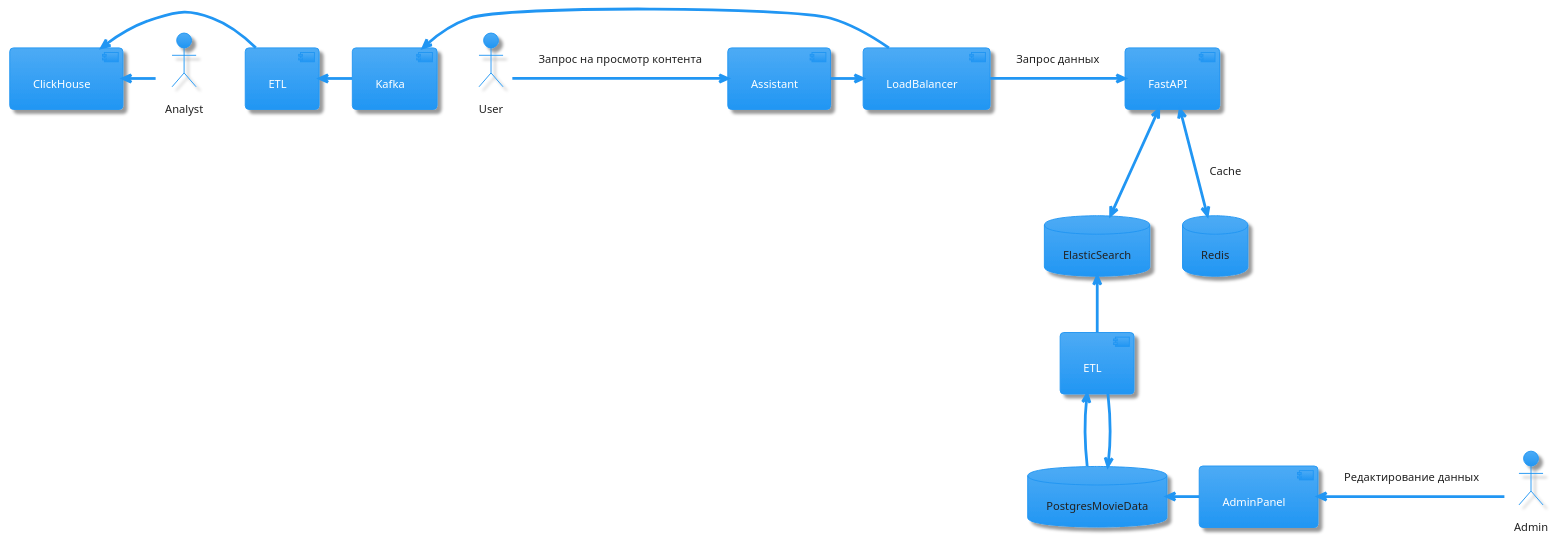
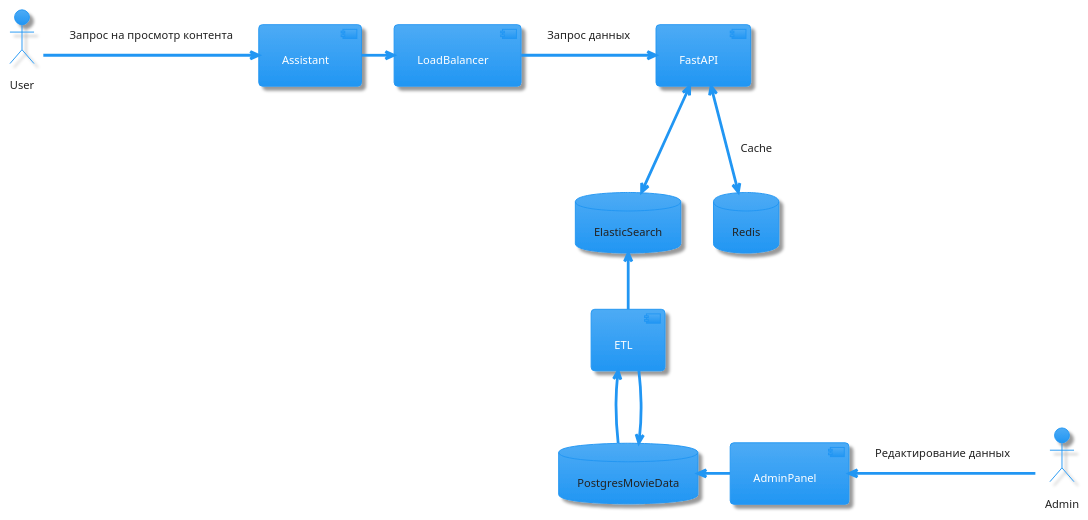
Before and after one commit to Shushania/graduate_work: the diagram in architecture/schema.pu, drawn with PlantUML. The commit also changed 1 other file, not shown here.

Commit message:
schema change

```diff
--- a/architecture/schema.pu
+++ b/architecture/schema.pu
@@ -1,34 +1,26 @@
 @startuml
 !theme materia
 actor User
 actor Admin
-actor Analyst
 database PostgresMovieData
 database ElasticSearch
 database Redis as redis_2
 component AdminPanel
 component Assistant
 component LoadBalancer
 component FastAPI
 component ETL as etl_1
-component ETL as etl_2
 
-component Kafka
-component ClickHouse
 User -right-> Assistant: Запрос на просмотр контента
 Assistant -right-> LoadBalancer
 LoadBalancer -right-> FastAPI: Запрос данных
 
 FastAPI <--> ElasticSearch
 FastAPI <--> redis_2: Cache
 
 PostgresMovieData -up-> etl_1
 etl_1 -down-> PostgresMovieData
 etl_1 -up-> ElasticSearch
 Admin -left-> AdminPanel: Редактирование данных
 AdminPanel -left-> PostgresMovieData
-LoadBalancer -left-> Kafka
-Kafka -left-> etl_2
-etl_2 -left-> ClickHouse
-Analyst -left-> ClickHouse
 @enduml
```
